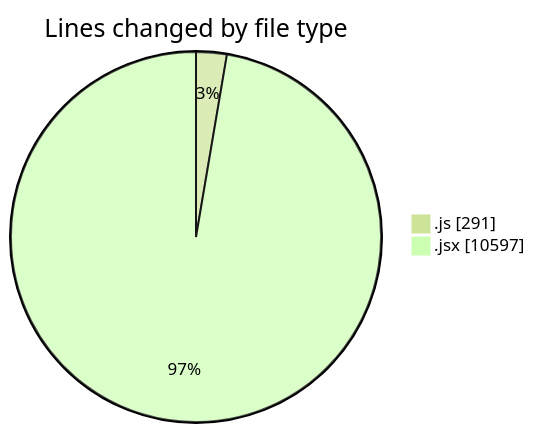
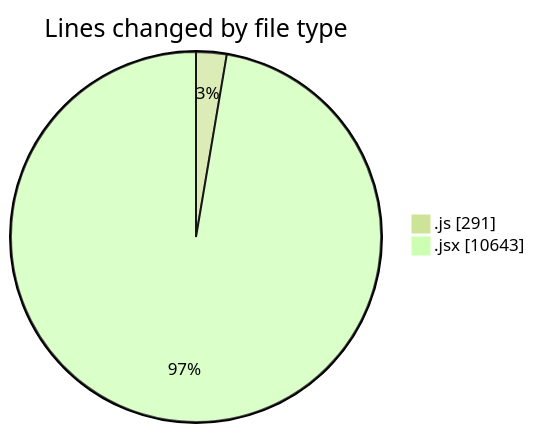
One commit to nxtqubesakshisongat/code-tracking changed the first of 2 diagrams in 2025-07-28/nxtqube_webapp/README.md. Above: the diagram before and after it, drawn with Mermaid (forest theme). The commit also changed other lines of this file and 1 other file, not shown here.

````diff
--- a/2025-07-28/nxtqube_webapp/README.md
+++ b/2025-07-28/nxtqube_webapp/README.md
@@ -45,6 +45,6 @@
 ```mermaid
 pie showData
 title Lines changed by file type
 ".js" : 291
-".jsx" : 10597
+".jsx" : 10643
 ```
````
